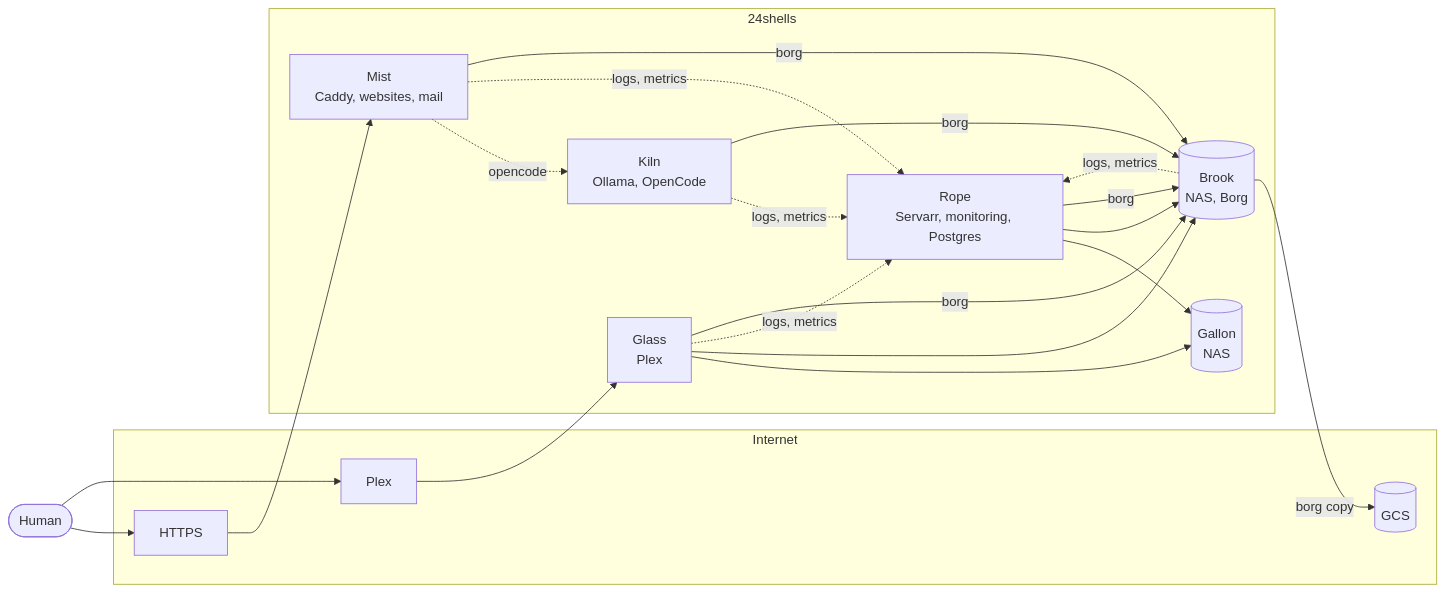
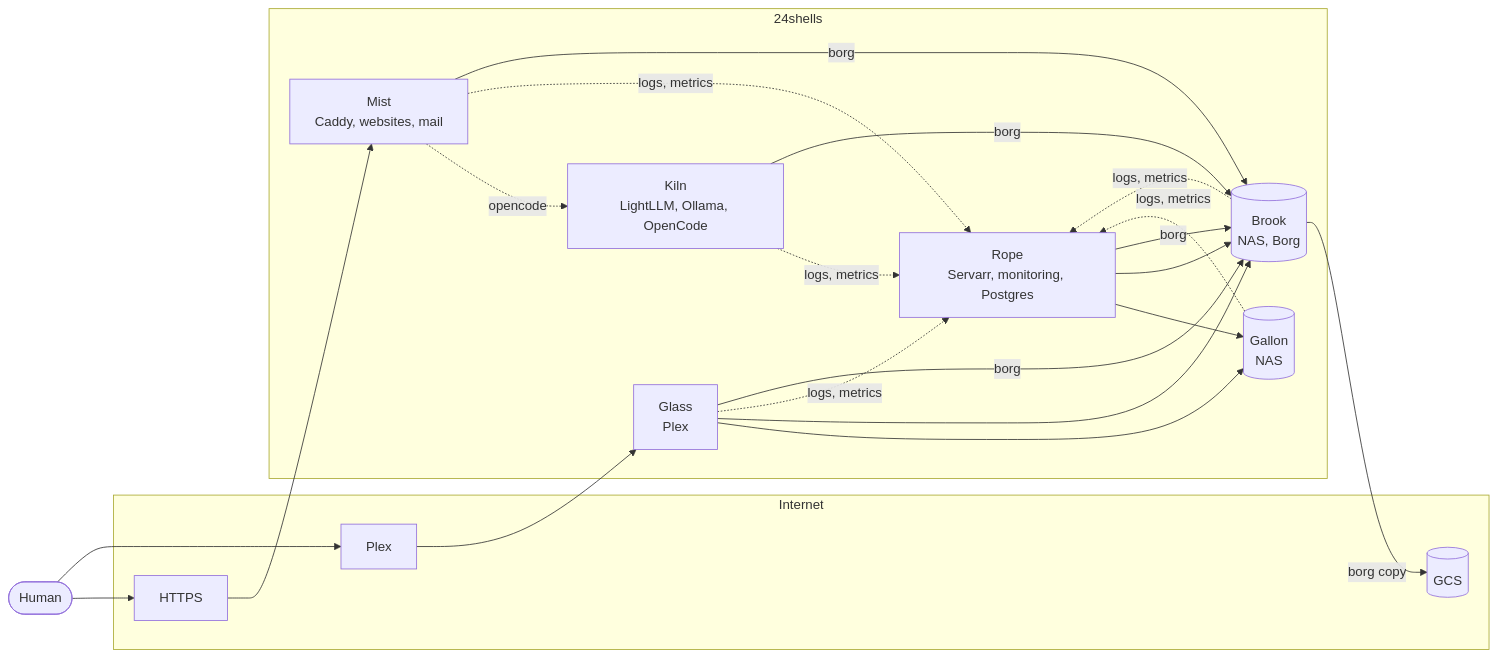
One commit to icco/writing changed the diagram in posts/781.md. Above: the diagram before and after it, drawn with Mermaid. The commit also changed other lines of this file, not shown here.

````diff
--- a/posts/781.md
+++ b/posts/781.md
@@ -20,36 +18,37 @@
 ```mermaid
 flowchart LR
     Human(["Human"])
 
     subgraph Internet
         HTTPS["HTTPS"]
         PlexClient["Plex"]
         GCS[("GCS")]
     end
 
     subgraph Colo ["24shells"]
         Mist["Mist<br/>Caddy, websites, mail"]
         Rope["Rope<br/>Servarr, monitoring, Postgres"]
         Glass["Glass<br/>Plex"]
-        Kiln["Kiln<br/>Ollama, OpenCode"]
+        Kiln["Kiln<br/>LightLLM, Ollama, OpenCode"]
         Brook[("Brook<br/>NAS, Borg")]
         Gallon[("Gallon<br/>NAS")]
     end
 
     Human --> HTTPS --> Mist
     Human --> PlexClient --> Glass
     Mist -.->|opencode| Kiln
     Glass --> Gallon
     Glass --> Brook
     Rope --> Gallon
     Rope --> Brook
     Mist -.->|logs, metrics| Rope
     Glass -.->|logs, metrics| Rope
     Brook -.->|logs, metrics| Rope
     Kiln -.->|logs, metrics| Rope
+    Gallon -.->|logs, metrics| Rope
     Mist -->|borg| Brook
     Rope -->|borg| Brook
     Glass -->|borg| Brook
     Kiln -->|borg| Brook
     Brook -->|borg copy| GCS
 ```
````
